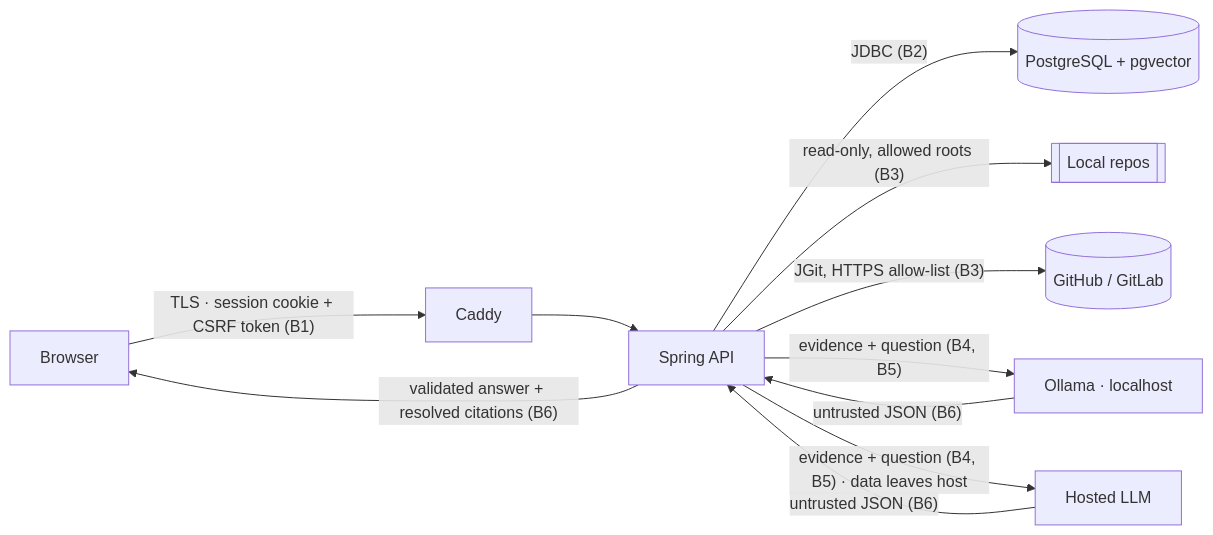
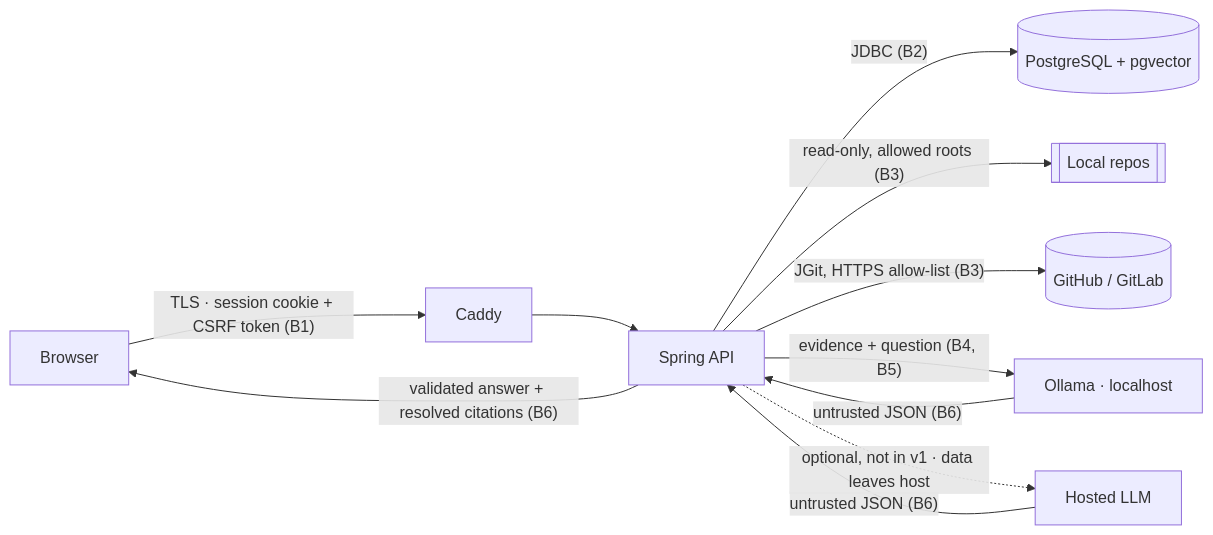
One commit to Its-Nitin/devmind-ai changed the diagram in docs/threat-model.md. Above: the diagram before and after it, drawn with Mermaid. The commit also changed other lines of this file and 10 other files, not shown here.

````diff
--- a/docs/threat-model.md
+++ b/docs/threat-model.md
@@ -27,12 +27,12 @@
 ```mermaid
 flowchart LR
   U[Browser] -- "TLS · session cookie + CSRF token (B1)" --> C[Caddy] --> A[Spring API]
   A -- "JDBC (B2)" --> DB[(PostgreSQL + pgvector)]
   A -- "read-only, allowed roots (B3)" --> FS[[Local repos]]
   A -- "JGit, HTTPS allow-list (B3)" --> G[(GitHub / GitLab)]
   A -- "evidence + question (B4, B5)" --> O[Ollama · localhost]
-  A -- "evidence + question (B4, B5) · data leaves host" --> H[Hosted LLM]
+  A -. "optional, not in v1 · data leaves host" .-> H[Hosted LLM]
   O -- "untrusted JSON (B6)" --> A
   H -- "untrusted JSON (B6)" --> A
   A -- "validated answer + resolved citations (B6)" --> U
 ```
````
